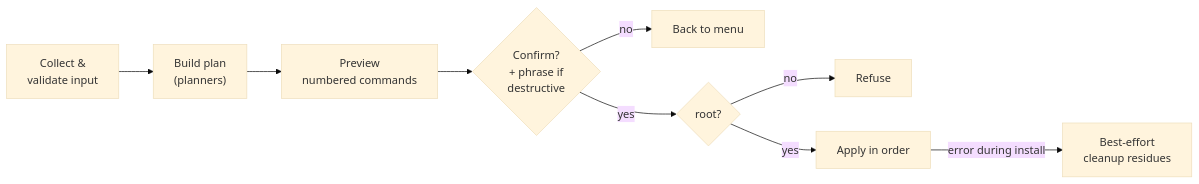
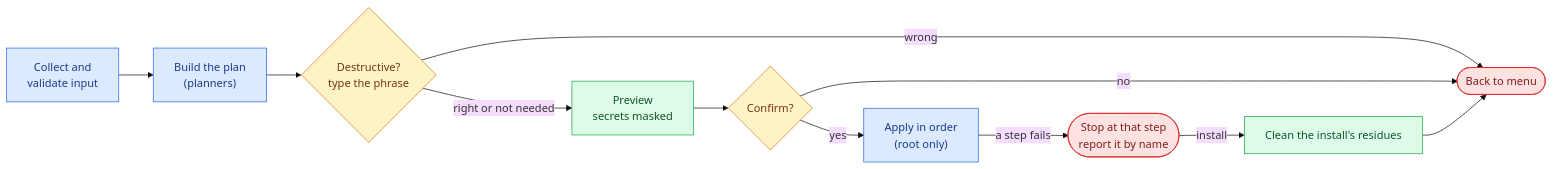
Before and after one commit to grojof/odoo_instance_manager_app: the second of 2 diagrams in docs/architecture.md, drawn with Mermaid (base theme). The commit also changed other lines of this file and 23 other files, not shown here.

First line of the commit message:
docs: refresh against the code, diagrams in semantic colours, AGENTS.md (#57)

````diff
--- a/docs/architecture.md
+++ b/docs/architecture.md
@@ -59,11 +66,21 @@
 ```mermaid
 flowchart LR
-    collect["Collect &<br/>validate input"] --> build["Build plan<br/>(planners)"]
-    build --> preview["Preview<br/>numbered commands"]
-    preview --> confirm{"Confirm?<br/>+ phrase if<br/>destructive"}
-    confirm -- no --> menu["Back to menu"]
-    confirm -- yes --> root{"root?"}
-    root -- no --> err["Refuse"]
-    root -- yes --> apply["Apply in order"]
-    apply -- error during install --> cleanup["Best-effort<br/>cleanup residues"]
+    collect["Collect and<br/>validate input"] --> build["Build the plan<br/>(planners)"]
+    build --> phrase{"Destructive?<br/>type the phrase"}
+    phrase -- wrong --> menu(["Back to menu"])
+    phrase -- right or not needed --> preview["Preview<br/>secrets masked"]
+    preview --> confirm{"Confirm?"}
+    confirm -- no --> menu
+    confirm -- yes --> apply["Apply in order<br/>(root only)"]
+    apply -- a step fails --> stop(["Stop at that step<br/>report it by name"])
+    stop -- install --> cleanup["Clean the install's residues"]
+    cleanup --> menu
+    classDef step fill:#dbeafe,stroke:#2563eb,color:#1e3a8a
+    classDef ask fill:#fef3c7,stroke:#d97706,color:#78350f
+    classDef guard fill:#dcfce7,stroke:#16a34a,color:#14532d
+    classDef stop fill:#fee2e2,stroke:#dc2626,color:#7f1d1d
+    class collect,build,apply step
+    class phrase,confirm ask
+    class preview,cleanup guard
+    class stop,menu stop
 ```
````
